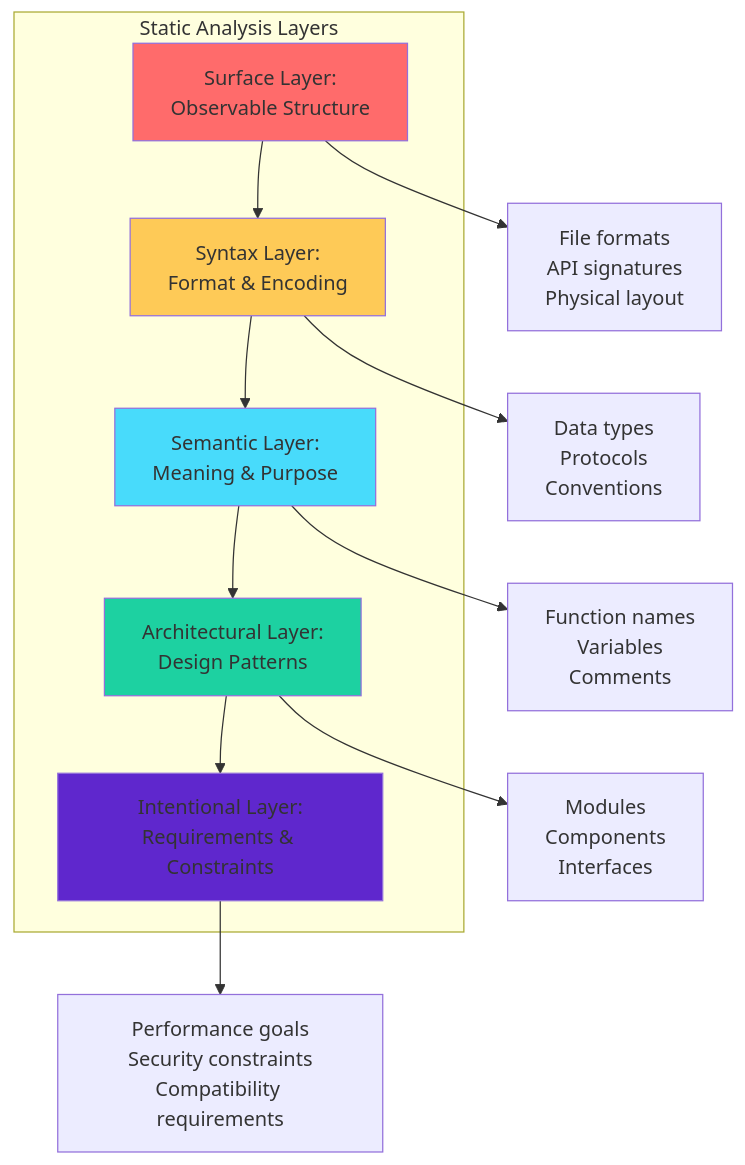
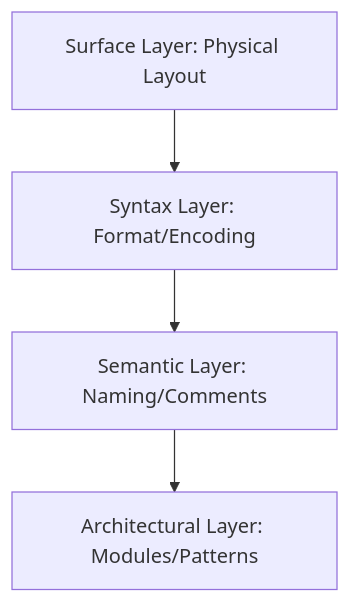
One commit to NikolasMarkou/prompt_collections changed the eighth of 13 diagrams in system_reverse_engineering.md. Above: the diagram before and after it, drawn with Mermaid. The commit also changed other lines of this file, not shown here.

````diff
--- a/system_reverse_engineering.md
+++ b/system_reverse_engineering.md
@@ -578,21 +209,6 @@
-```mermaid
-graph TD
-    subgraph "Static Analysis Layers"
-    A[Surface Layer:<br/>Observable Structure] --> B[Syntax Layer:<br/>Format & Encoding]
-    B --> C[Semantic Layer:<br/>Meaning & Purpose]
-    C --> D[Architectural Layer:<br/>Design Patterns]
-    D --> E[Intentional Layer:<br/>Requirements & Constraints]
-    end
-    
-    A --> A1[File formats<br/>API signatures<br/>Physical layout]
-    B --> B1[Data types<br/>Protocols<br/>Conventions]
-    C --> C1[Function names<br/>Variables<br/>Comments]
-    D --> D1[Modules<br/>Components<br/>Interfaces]
-    E --> E1[Performance goals<br/>Security constraints<br/>Compatibility requirements]
-    
-    style A fill:#ff6b6b
-    style B fill:#feca57
-    style C fill:#48dbfb
-    style D fill:#1dd1a1
-    style E fill:#5f27cd
-```
+        ```mermaid
+        graph TD
+            A[Surface Layer: Physical Layout] --> B[Syntax Layer: Format/Encoding]
+            B --> C[Semantic Layer: Naming/Comments]
+            C --> D[Architectural Layer: Modules/Patterns]
+        ```
````
